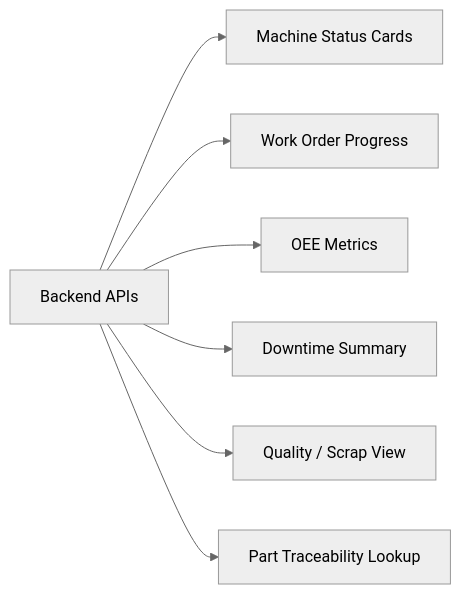
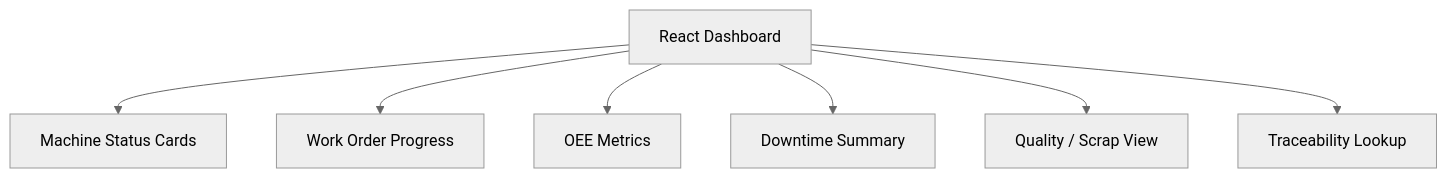
One commit to parthoece/fabiq-smart-factory changed the sixth of 7 diagrams in README.md. Above: the diagram before and after it, drawn with Mermaid (neutral theme). The commit also changed other lines of this file, not shown here.

Commit message:
modified readme visual diagram

````diff
--- a/README.md
+++ b/README.md
@@ -199,9 +143,9 @@
 ```mermaid
-flowchart LR
-    API[Backend APIs] --> A[Machine Status Cards]
-    API --> B[Work Order Progress]
-    API --> C[OEE Metrics]
-    API --> D[Downtime Summary]
-    API --> E[Quality / Scrap View]
-    API --> F[Part Traceability Lookup]
+flowchart TB
+    A[React Dashboard] --> B[Machine Status Cards]
+    A --> C[Work Order Progress]
+    A --> D[OEE Metrics]
+    A --> E[Downtime Summary]
+    A --> F[Quality / Scrap View]
+    A --> G[Traceability Lookup]
 ```
````
